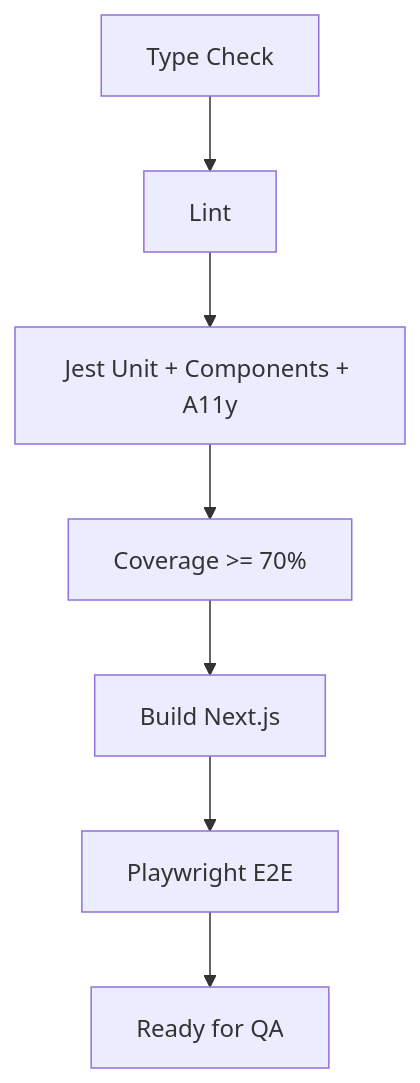
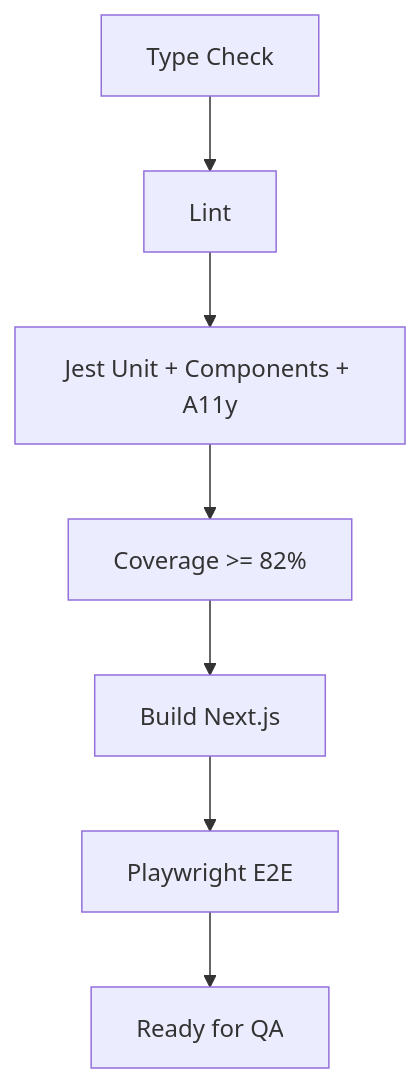
One commit to LIDR-academy/AI4Devs-finalproject changed the second of 13 diagrams in readme.md. Above: the diagram before and after it, drawn with Mermaid. The commit also changed other lines of this file and 25 other files, not shown here.

````diff
--- a/readme.md
+++ b/readme.md
@@ -207,9 +208,9 @@
 ```mermaid
 flowchart TD
     A[Type Check] --> B[Lint]
     B --> C[Jest Unit + Components + A11y]
-    C --> D[Coverage >= 70%]
+    C --> D[Coverage >= 82%]
     D --> E[Build Next.js]
     E --> F[Playwright E2E]
     F --> G[Ready for QA]
 ```
````
